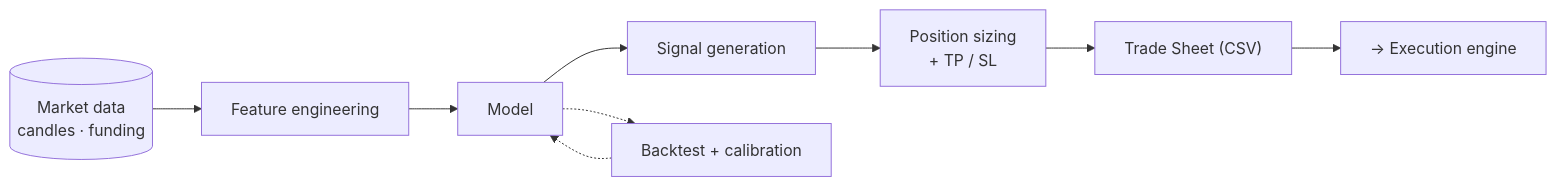
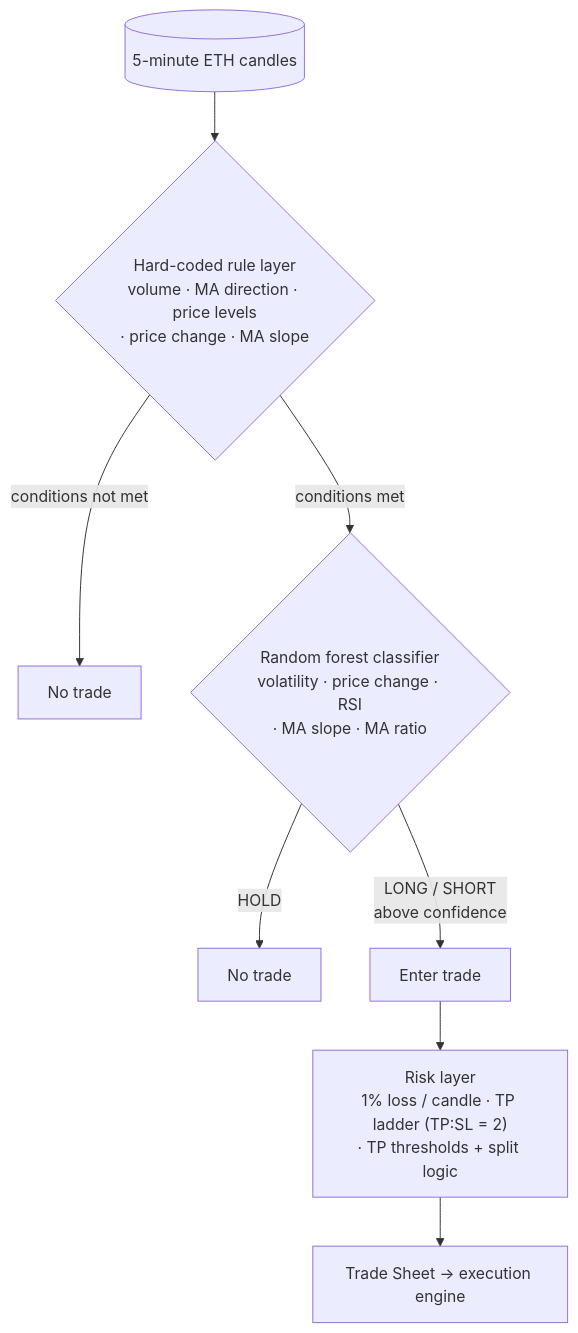
One commit to Immersified/Crypto-Trading-Bot changed the diagram in docs/algorithm.md. Above: the diagram before and after it, drawn with Mermaid. The commit also changed other lines of this file and 5 other files, not shown here.

````diff
--- a/docs/algorithm.md
+++ b/docs/algorithm.md
@@ -24,12 +45,10 @@
 ```mermaid
-flowchart LR
-    DATA[("Market data<br/>candles · funding")] --> FE["Feature engineering"]
-    FE --> MODEL["Model"]
-    MODEL --> SIG["Signal generation"]
-    SIG --> RISK["Position sizing<br/>+ TP / SL"]
-    RISK --> SHEET["Trade Sheet (CSV)"]
-    SHEET --> ENGINE["→ Execution engine"]
-
-    MODEL -.-> BT["Backtest + calibration"]
-    BT -.-> MODEL
+flowchart TB
+    MKT[("5-minute ETH candles")] --> RULES{"Hard-coded rule layer<br/>volume · MA direction · price levels<br/>· price change · MA slope"}
+    RULES -->|conditions not met| NOTRADE1["No trade"]
+    RULES -->|conditions met| RF{"Random forest classifier<br/>volatility · price change · RSI<br/>· MA slope · MA ratio"}
+    RF -->|HOLD| NOTRADE2["No trade"]
+    RF -->|LONG / SHORT<br/>above confidence| ENTRY["Enter trade"]
+    ENTRY --> RISK["Risk layer<br/>1% loss / candle · TP ladder (TP:SL = 2)<br/>· TP thresholds + split logic"]
+    RISK --> SHEET["Trade Sheet → execution engine"]
 ```
````
